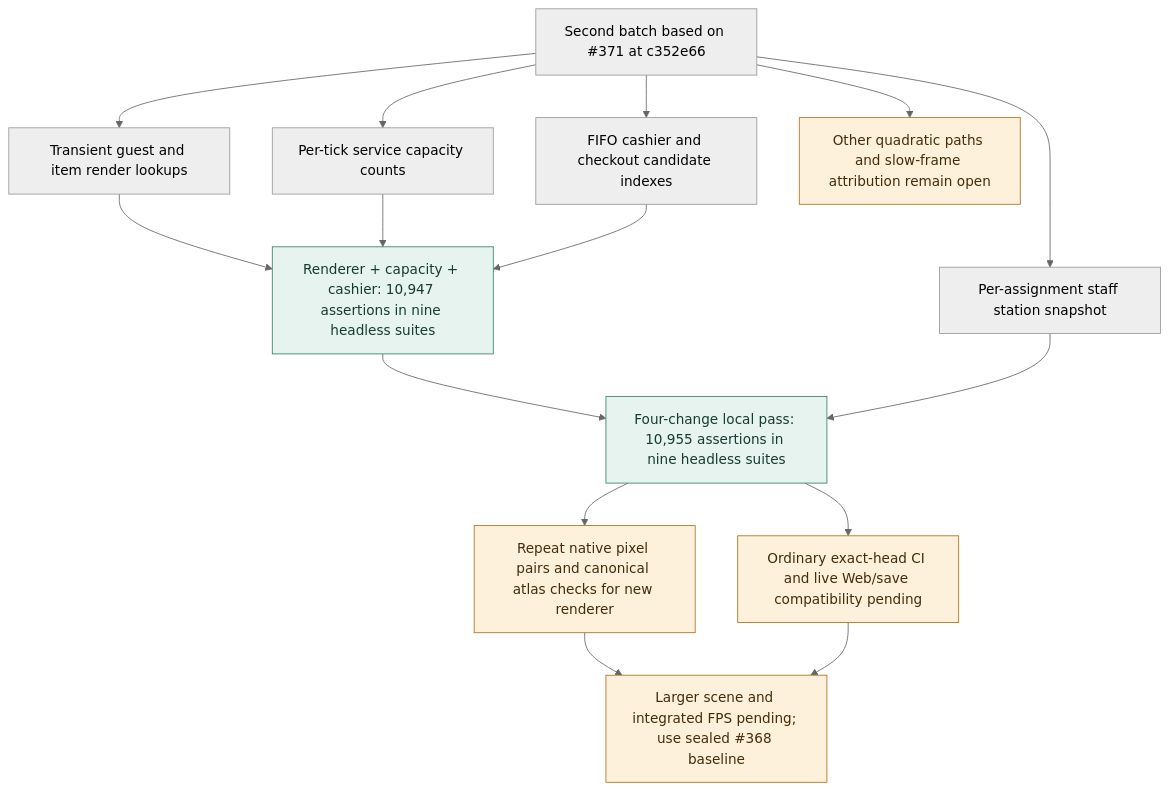
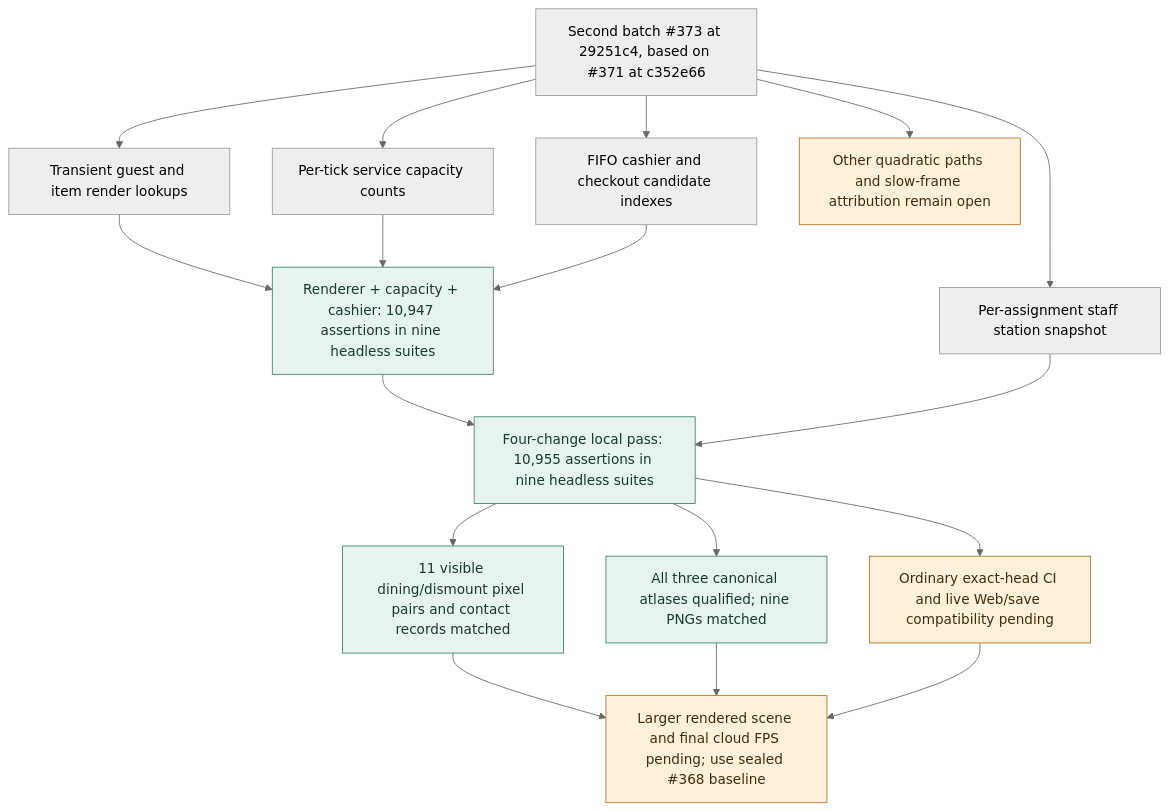
The diagram in docs/development/scaling-hotpaths-2/scaling-hotpaths-2.mmd (yiyousiow000814/little-leaf), drawn with Mermaid (neutral theme) before and after one commit. The commit also changed 5 other files, not shown here.

```diff
--- a/docs/development/scaling-hotpaths-2/scaling-hotpaths-2.mmd
+++ b/docs/development/scaling-hotpaths-2/scaling-hotpaths-2.mmd
@@ -1,20 +1,24 @@
 flowchart TB
-  base["Second batch based on #371 at c352e66"]
+  base["Second batch #373 at 29251c4, based on #371 at c352e66"]
   base --> r["Transient guest and item render lookups"]
   base --> c["Per-tick service capacity counts"]
   base --> q["FIFO cashier and checkout candidate indexes"]
   base --> s["Per-assignment staff station snapshot"]
   r --> three["Renderer + capacity + cashier: 10,947 assertions in nine headless suites"]
   c --> three
   q --> three
   three --> four["Four-change local pass: 10,955 assertions in nine headless suites"]
   s --> four
-  four --> visual["Repeat native pixel pairs and canonical atlas checks for new renderer"]
+  four --> visual["11 visible dining/dismount pixel pairs and contact records matched"]
+  four --> atlas["All three canonical atlases qualified; nine PNGs matched"]
   four --> web["Ordinary exact-head CI and live Web/save compatibility pending"]
-  visual --> candidate["Larger scene and integrated FPS pending; use sealed #368 baseline"]
+  visual --> candidate["Larger rendered scene and final cloud FPS pending; use sealed #368 baseline"]
+  atlas --> candidate
   web --> candidate
   base --> open["Other quadratic paths and slow-frame attribution remain open"]
   classDef checked fill:#E7F3EE,stroke:#398170,color:#153B33;
   classDef openState fill:#FDF1DB,stroke:#AD731B,color:#452B0B;
-  class three,four checked;
-  class visual,web,candidate,open openState;
+  class three,four,visual,atlas checked;
+  class web,candidate,open openState;
+  click visual href "https://github.com/yiyousiow000814/little-leaf/actions/runs/44471097329/job/135380482179" "Dining/dismount pixel pairs and contacts"
+  click atlas href "https://github.com/yiyousiow000814/little-leaf/actions/runs/44470208736/job/135377545574" "Canonical atlas lane"
```
